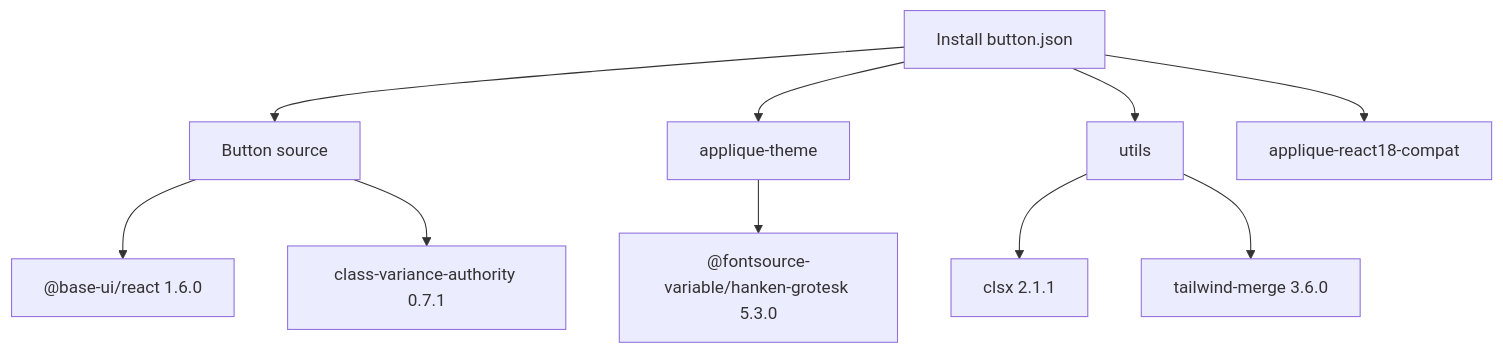
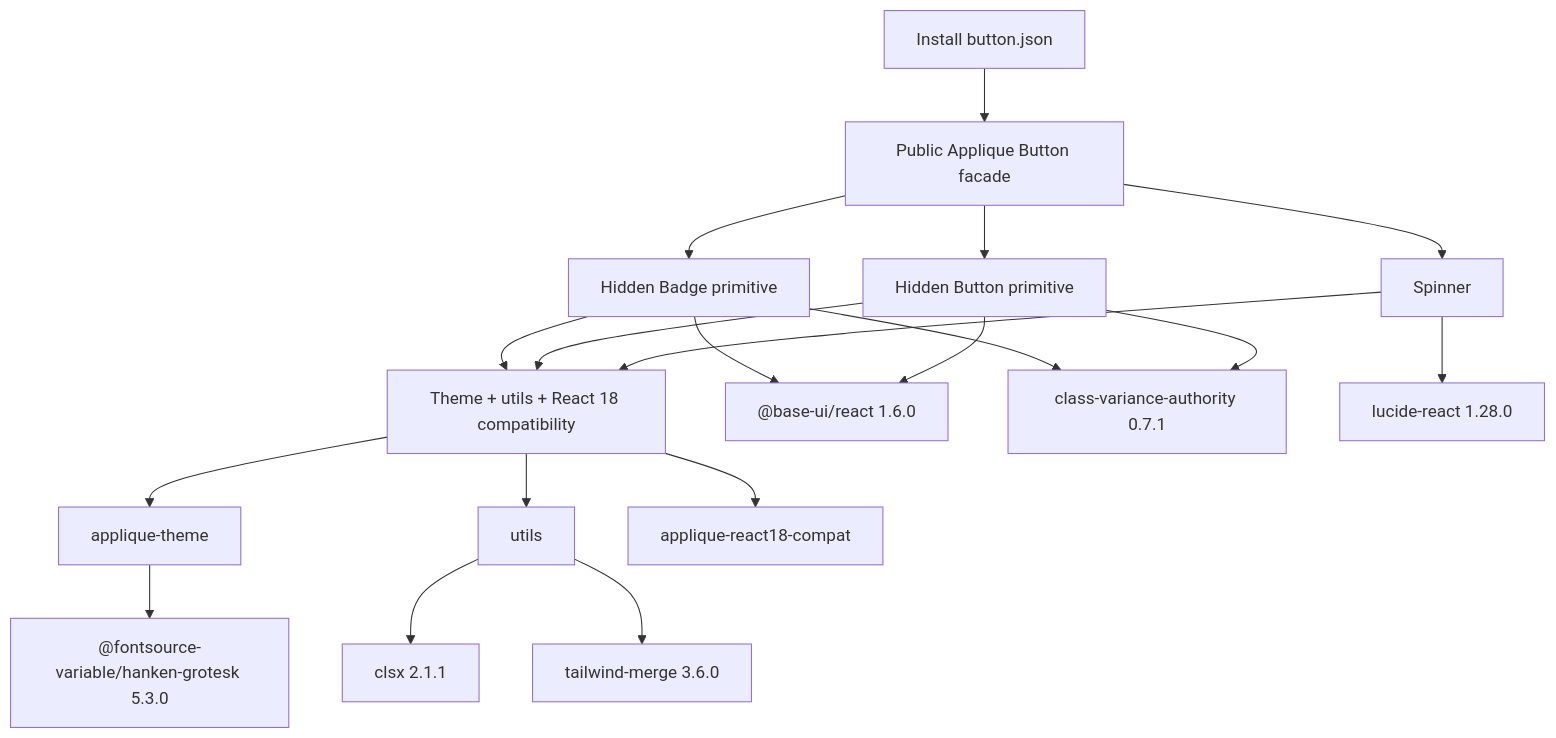
Before and after one commit to rohangore1999/applique-ui: the second of 7 diagrams in docs/REGISTRY.md, drawn with Mermaid. The commit also changed other lines of this file and 75 other files, not shown here.

````diff
--- a/docs/REGISTRY.md
+++ b/docs/REGISTRY.md
@@ -350,12 +396,21 @@
 ```mermaid
 flowchart TD
-  Client["Install button.json"] --> Button["Button source"]
-  Client --> Theme["applique-theme"]
-  Client --> Utils["utils"]
-  Client --> Compat["applique-react18-compat"]
-  Button --> BaseUI["@base-ui/react 1.6.0"]
-  Button --> CVA["class-variance-authority 0.7.1"]
+  Client["Install button.json"] --> Facade["Public Applique Button facade"]
+  Facade --> Badge["Hidden Badge primitive"]
+  Facade --> Button["Hidden Button primitive"]
+  Facade --> Spinner["Spinner"]
+  Badge --> Foundations["Theme + utils + React 18 compatibility"]
+  Button --> Foundations
+  Spinner --> Foundations
+  Badge --> BaseUI["@base-ui/react 1.6.0"]
+  Button --> BaseUI
+  Badge --> CVA["class-variance-authority 0.7.1"]
+  Button --> CVA
+  Spinner --> Lucide["lucide-react 1.28.0"]
+  Foundations --> Theme["applique-theme"]
+  Foundations --> Utils["utils"]
+  Foundations --> Compat["applique-react18-compat"]
   Theme --> Font["@fontsource-variable/hanken-grotesk 5.3.0"]
   Utils --> Clsx["clsx 2.1.1"]
   Utils --> Merge["tailwind-merge 3.6.0"]
 ```
````
